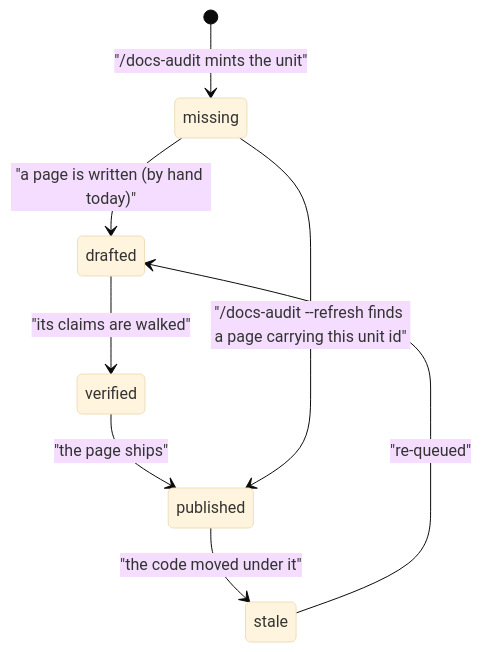
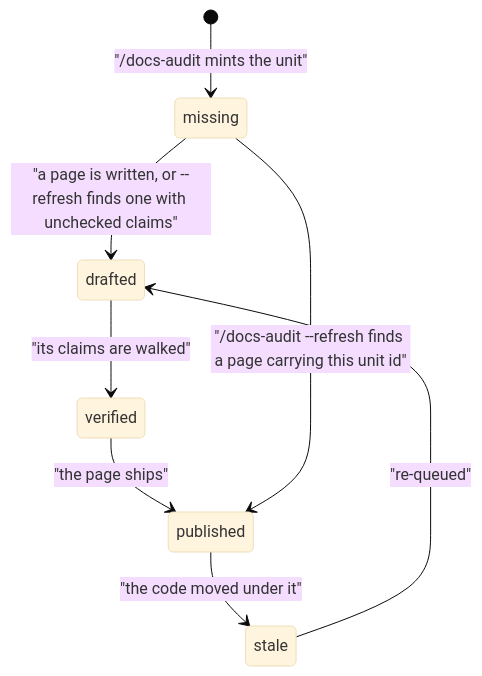
Before and after one commit to ihudak/ihudak-claude-plugins: the diagram in plugins/docs-workflows/docs/reference/docs-backlog.md, drawn with Mermaid (base theme). The commit also changed other lines of this file and 3 other files, not shown here.

````diff
--- a/plugins/docs-workflows/docs/reference/docs-backlog.md
+++ b/plugins/docs-workflows/docs/reference/docs-backlog.md
@@ -34,10 +36,10 @@
 ```mermaid
 stateDiagram-v2
   [*] --> missing: "/docs-audit mints the unit"
-  missing --> drafted: "a page is written (by hand today)"
+  missing --> drafted: "a page is written, or --refresh finds one with unchecked claims"
   drafted --> verified: "its claims are walked"
   verified --> published: "the page ships"
   published --> stale: "the code moved under it"
   stale --> drafted: "re-queued"
   missing --> published: "/docs-audit --refresh finds a page carrying this unit id"
 ```
````
